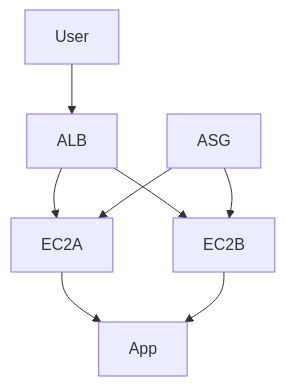
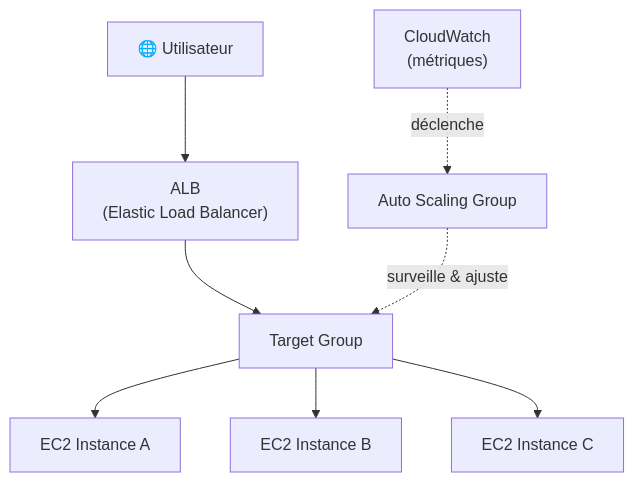
One commit to Gooseppr/GevOps_LC changed the diagram in courses/cloud-aws/aws_module_09_load_balancing.md. Above: the diagram before and after it, drawn with Mermaid. The commit also changed other lines of this file and 23 other files, not shown here.

````diff
--- a/courses/cloud-aws/aws_module_09_load_balancing.md
+++ b/courses/cloud-aws/aws_module_09_load_balancing.md
@@ -51,10 +46,10 @@
 ```mermaid
 graph TD
-User --> ALB
-ALB --> EC2A
-ALB --> EC2B
-EC2A --> App
-EC2B --> App
-ASG --> EC2A
-ASG --> EC2B
+    User["🌐 Utilisateur"] --> ALB["ALB\n(Elastic Load Balancer)"]
+    ALB --> TG["Target Group"]
+    TG --> EC2A["EC2 Instance A"]
+    TG --> EC2B["EC2 Instance B"]
+    TG --> EC2C["EC2 Instance C"]
+    ASG["Auto Scaling Group"] -.->|"surveille & ajuste"| TG
+    CW["CloudWatch\n(métriques)"] -.->|"déclenche"| ASG
 ```
````
